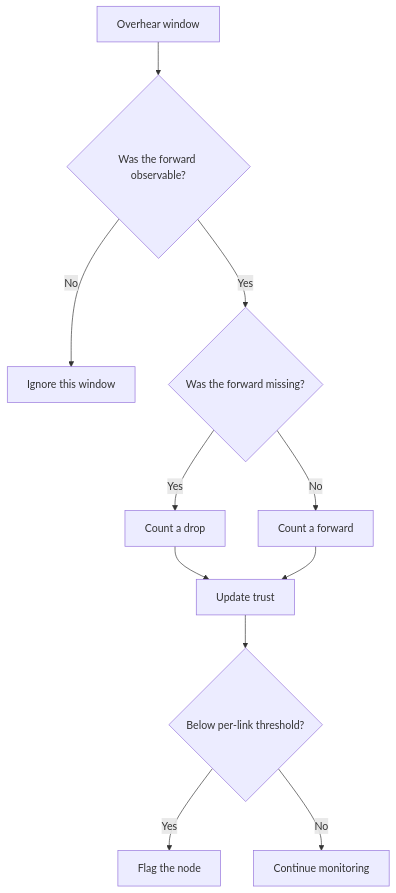
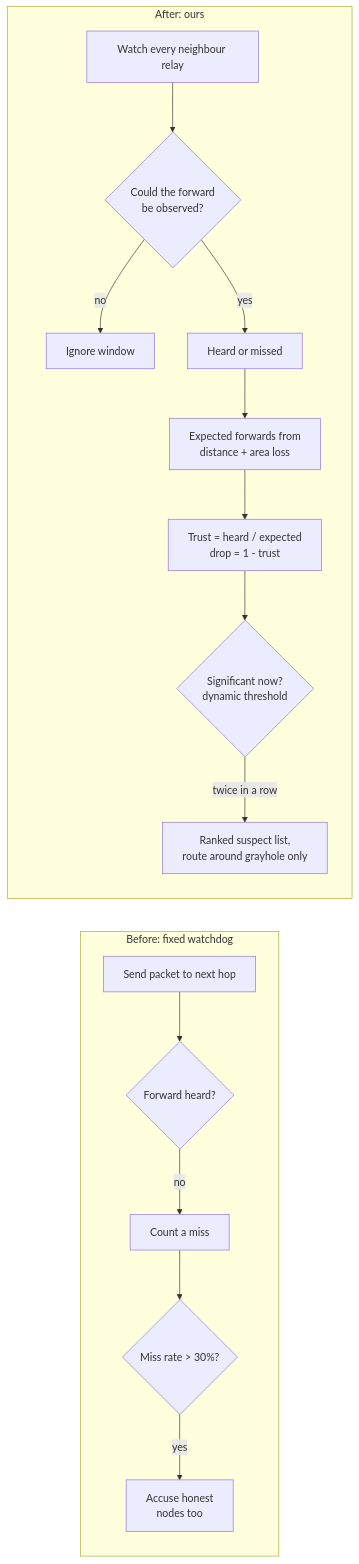
Before and after one commit to AppajiDheeraj/uwan-grayhole-detection: the diagram in README.md, drawn with Mermaid. The commit also changed other lines of this file and 70 other files, not shown here.

````diff
--- a/README.md
+++ b/README.md
@@ -34,13 +44,18 @@
 ```mermaid
-flowchart TD
-    A[Overhear window] --> B{Was the forward observable?}
-    B -- No --> C[Ignore this window]
-    B -- Yes --> D{Was the forward missing?}
-    D -- Yes --> E[Count a drop]
-    D -- No --> F[Count a forward]
-    E --> G[Update trust]
-    F --> G
-    G --> H{Below per-link threshold?}
-    H -- Yes --> I[Flag the node]
-    H -- No --> J[Continue monitoring]
+flowchart LR
+  subgraph Before["Before: fixed watchdog"]
+    A1[Send packet to next hop] --> A2{Forward heard?}
+    A2 -- no --> A3[Count a miss]
+    A3 --> A4{Miss rate > 30%?}
+    A4 -- yes --> A5[Accuse honest<br/>nodes too]
+  end
+  subgraph After["After: ours"]
+    B1[Watch every neighbour relay] --> B2{Could the forward<br/>be observed?}
+    B2 -- no --> B3[Ignore window]
+    B2 -- yes --> B4[Heard or missed]
+    B4 --> B5[Expected forwards from<br/>distance + area loss]
+    B5 --> B6[Trust = heard / expected<br/>drop = 1 - trust]
+    B6 --> B7{Significant now?<br/>dynamic threshold}
+    B7 -- twice in a row --> B8[Ranked suspect list,<br/>route around grayhole only]
+  end
 ```
````
